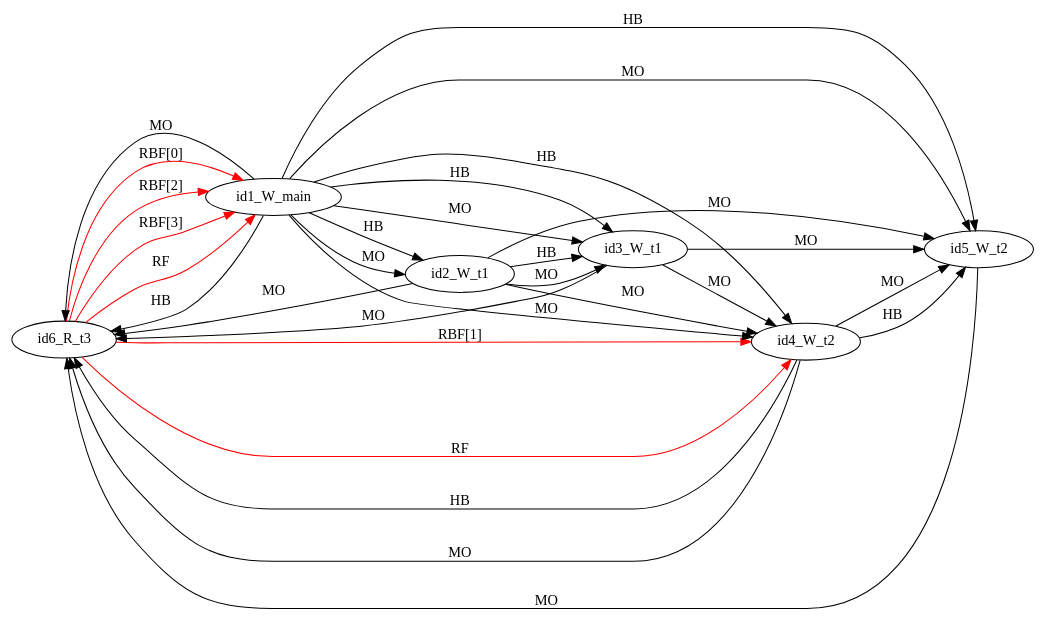
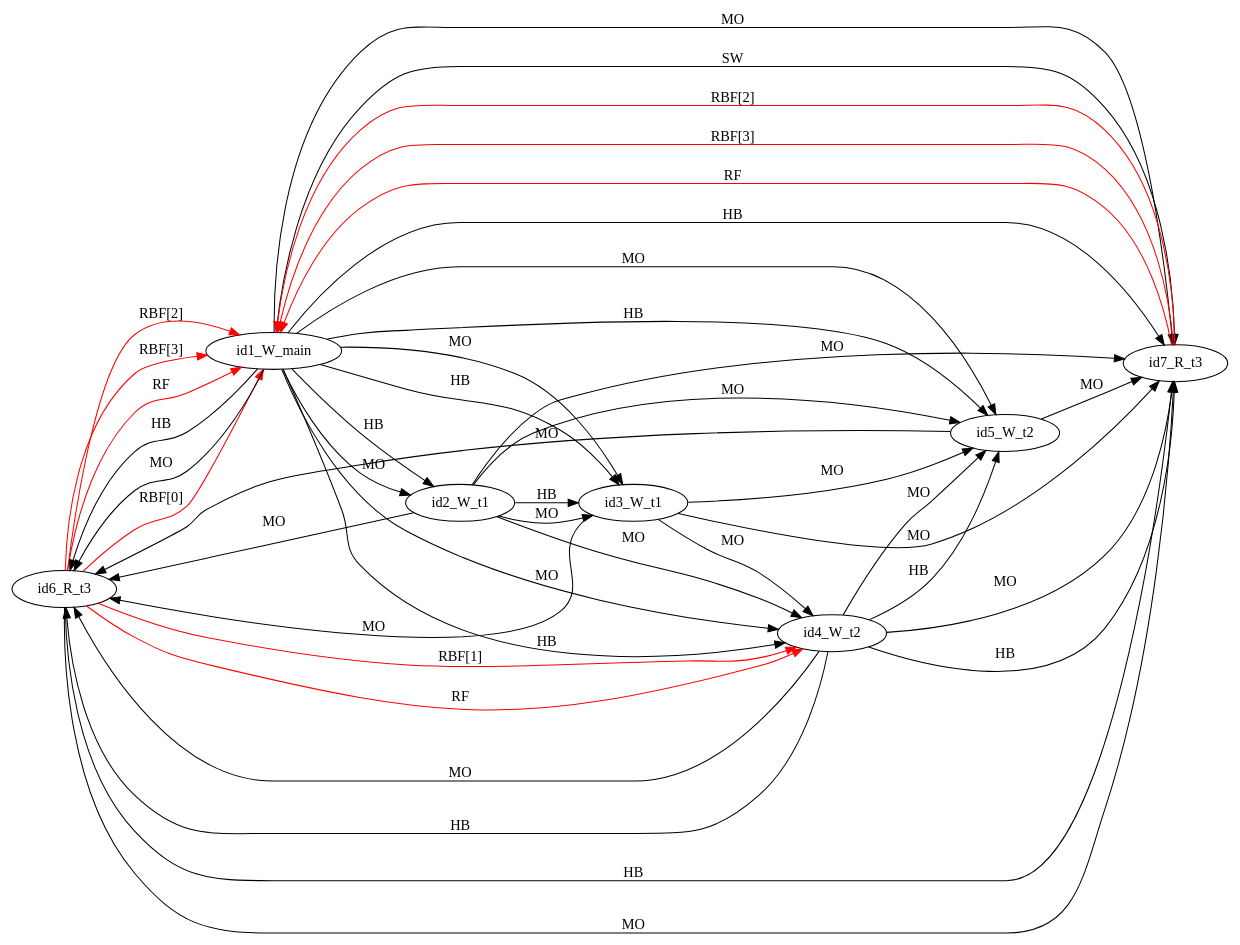
The diagram in examples/single_var/sv_simple15/mm4.dot (FMJS/EMME), drawn with Graphviz before and after one commit. The commit also changed 357 other files, not shown here.

```diff
--- a/examples/single_var/sv_simple15/mm4.dot
+++ b/examples/single_var/sv_simple15/mm4.dot
@@ -1,32 +1,45 @@
 digraph memory_model {
 rankdir=LR;
 id6_R_t3 -> id1_W_main [label = "RBF[0]", color="red"];
 id6_R_t3 -> id1_W_main [label = "RBF[2]", color="red"];
 id6_R_t3 -> id1_W_main [label = "RBF[3]", color="red"];
 id6_R_t3 -> id4_W_t2 [label = "RBF[1]", color="red"];
+id7_R_t3 -> id1_W_main [label = "RBF[2]", color="red"];
+id7_R_t3 -> id1_W_main [label = "RBF[3]", color="red"];
 id6_R_t3 -> id1_W_main [label = "RF", color="red"];
 id6_R_t3 -> id4_W_t2 [label = "RF", color="red"];
+id7_R_t3 -> id1_W_main [label = "RF", color="red"];
 id2_W_t1 -> id3_W_t1 [label = "HB", color="black"];
 id4_W_t2 -> id5_W_t2 [label = "HB", color="black"];
+id6_R_t3 -> id7_R_t3 [label = "HB", color="black"];
 id1_W_main -> id2_W_t1 [label = "HB", color="black"];
 id1_W_main -> id3_W_t1 [label = "HB", color="black"];
 id1_W_main -> id4_W_t2 [label = "HB", color="black"];
 id1_W_main -> id5_W_t2 [label = "HB", color="black"];
 id1_W_main -> id6_R_t3 [label = "HB", color="black"];
+id1_W_main -> id7_R_t3 [label = "HB", color="black"];
 id4_W_t2 -> id6_R_t3 [label = "HB", color="black"];
+id4_W_t2 -> id7_R_t3 [label = "HB", color="black"];
 id2_W_t1 -> id3_W_t1 [label = "MO", color="black"];
 id4_W_t2 -> id5_W_t2 [label = "MO", color="black"];
+id6_R_t3 -> id7_R_t3 [label = "MO", color="black"];
 id1_W_main -> id2_W_t1 [label = "MO", color="black"];
 id1_W_main -> id3_W_t1 [label = "MO", color="black"];
 id1_W_main -> id4_W_t2 [label = "MO", color="black"];
 id1_W_main -> id5_W_t2 [label = "MO", color="black"];
 id1_W_main -> id6_R_t3 [label = "MO", color="black"];
+id1_W_main -> id7_R_t3 [label = "MO", color="black"];
 id2_W_t1 -> id4_W_t2 [label = "MO", color="black"];
 id2_W_t1 -> id5_W_t2 [label = "MO", color="black"];
 id2_W_t1 -> id6_R_t3 [label = "MO", color="black"];
+id2_W_t1 -> id7_R_t3 [label = "MO", color="black"];
 id3_W_t1 -> id4_W_t2 [label = "MO", color="black"];
 id3_W_t1 -> id5_W_t2 [label = "MO", color="black"];
 id3_W_t1 -> id6_R_t3 [label = "MO", color="black"];
+id3_W_t1 -> id7_R_t3 [label = "MO", color="black"];
 id4_W_t2 -> id6_R_t3 [label = "MO", color="black"];
+id4_W_t2 -> id7_R_t3 [label = "MO", color="black"];
 id5_W_t2 -> id6_R_t3 [label = "MO", color="black"];
+id5_W_t2 -> id7_R_t3 [label = "MO", color="black"];
+id1_W_main -> id7_R_t3 [label = "SW", color="black"];
 }
```
